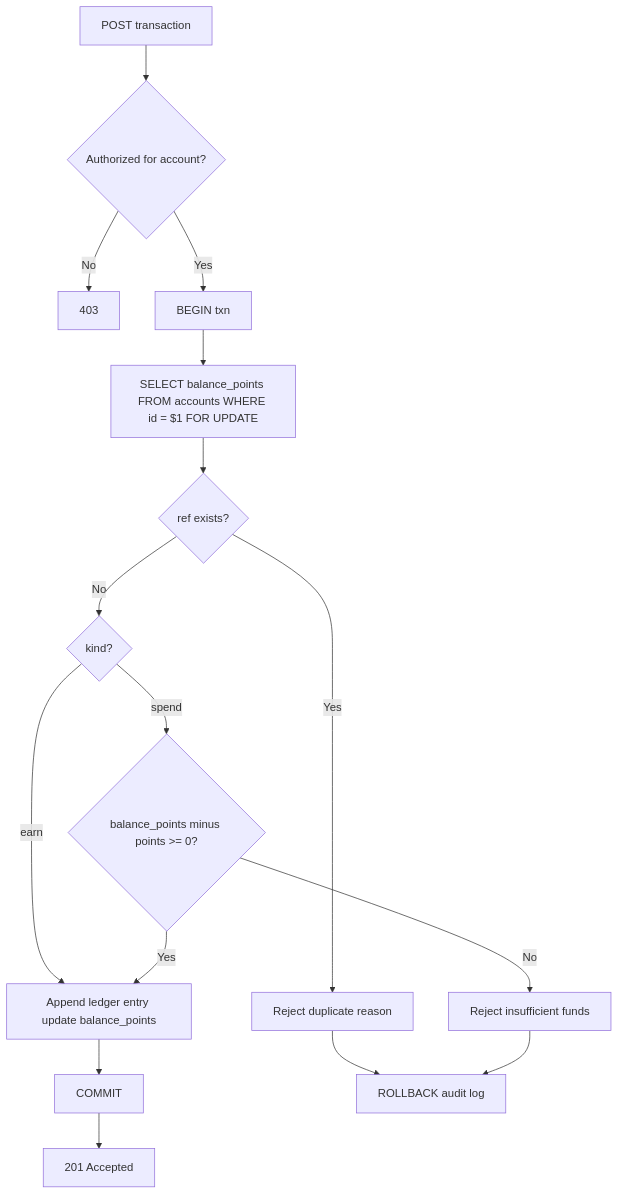
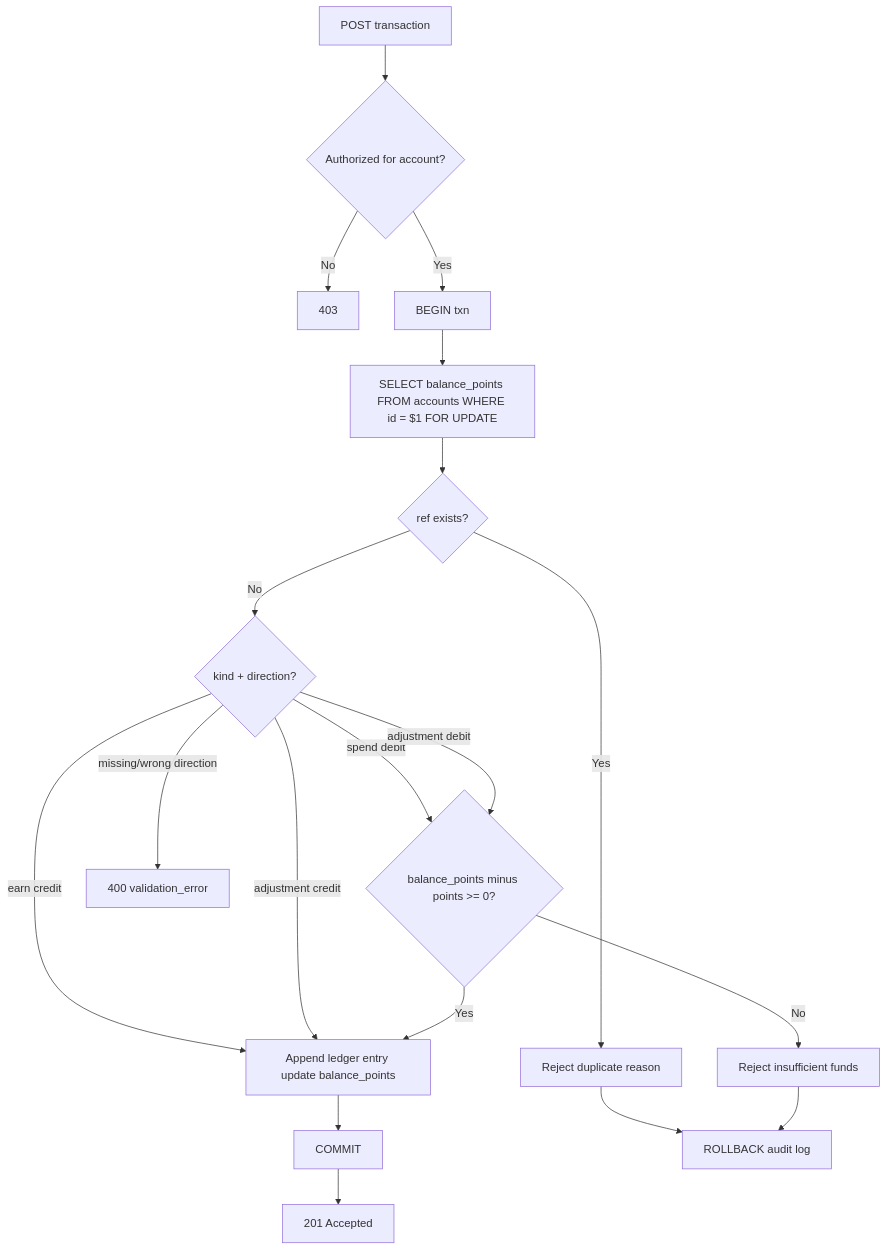
One commit to mashaole/pointswallet changed the third of 14 diagrams in PLAN.md. Above: the diagram before and after it, drawn with Mermaid. The commit also changed other lines of this file and 2 other files, not shown here.

First line of the commit message:
docs: document adjustment direction audit and AI prompt history

````diff
--- a/PLAN.md
+++ b/PLAN.md
@@ -178,18 +180,21 @@
 ```mermaid
 flowchart TD
   Start[POST transaction] --> AuthZ{Authorized for account?}
   AuthZ -->|No| Forbidden[403]
   AuthZ -->|Yes| BeginTx[BEGIN txn]
   BeginTx --> LockRow["SELECT balance_points FROM accounts WHERE id = $1 FOR UPDATE"]
   LockRow --> DupCheck{ref exists?}
   DupCheck -->|Yes| RejectDup[Reject duplicate reason]
-  DupCheck -->|No| Kind{kind?}
-  Kind -->|earn| AppendLedger[Append ledger entry update balance_points]
-  Kind -->|spend| BalanceOK{balance_points minus points >= 0?}
+  DupCheck -->|No| Kind{kind + direction?}
+  Kind -->|earn credit| AppendLedger[Append ledger entry update balance_points]
+  Kind -->|spend debit| BalanceOK{balance_points minus points >= 0?}
+  Kind -->|adjustment debit| BalanceOK
+  Kind -->|adjustment credit| AppendLedger
+  Kind -->|missing/wrong direction| RejectVal[400 validation_error]
   BalanceOK -->|No| RejectNeg[Reject insufficient funds]
   BalanceOK -->|Yes| AppendLedger
   AppendLedger --> Commit[COMMIT]
   RejectDup --> Rollback[ROLLBACK audit log]
   RejectNeg --> Rollback
   Commit --> Success[201 Accepted]
 ```
````
